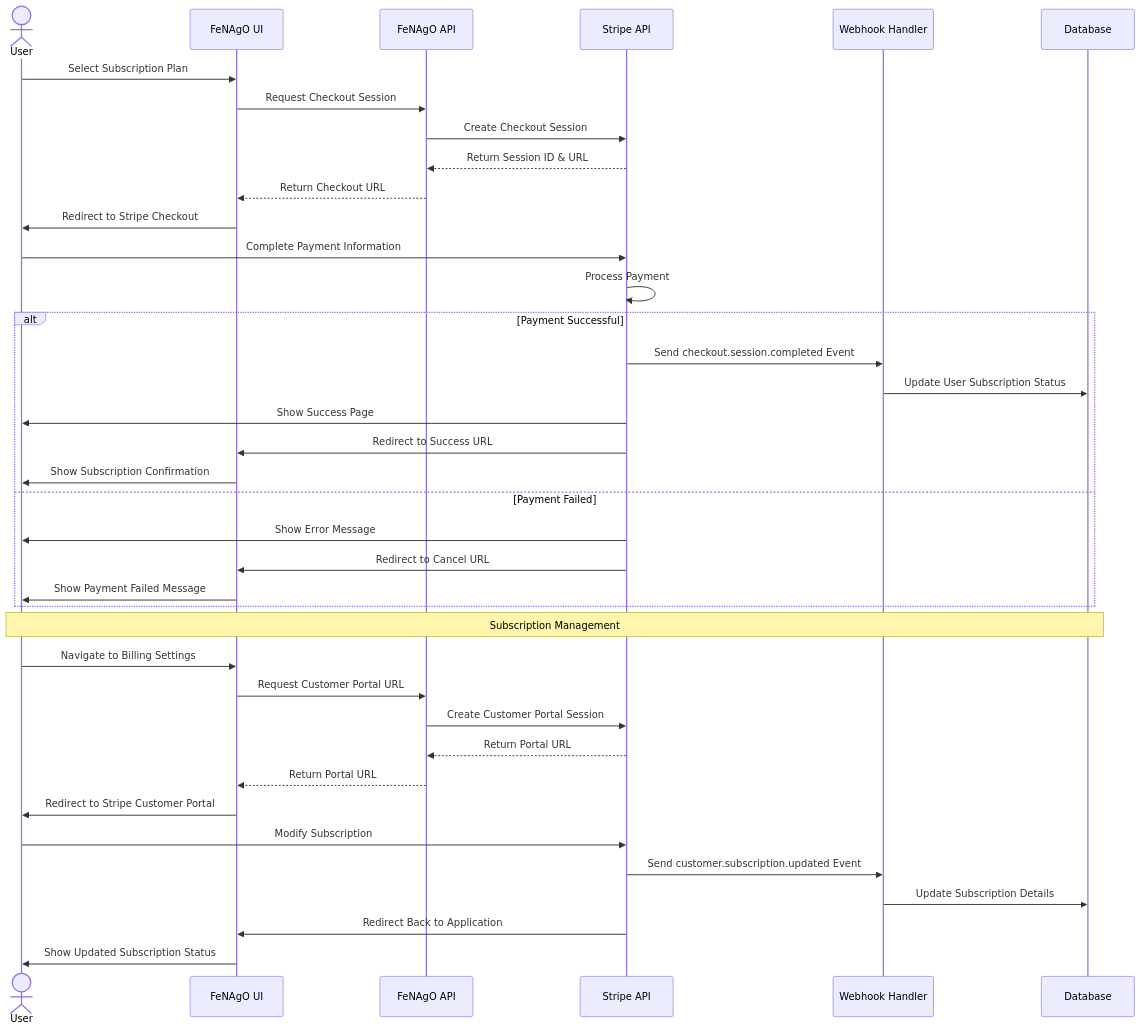
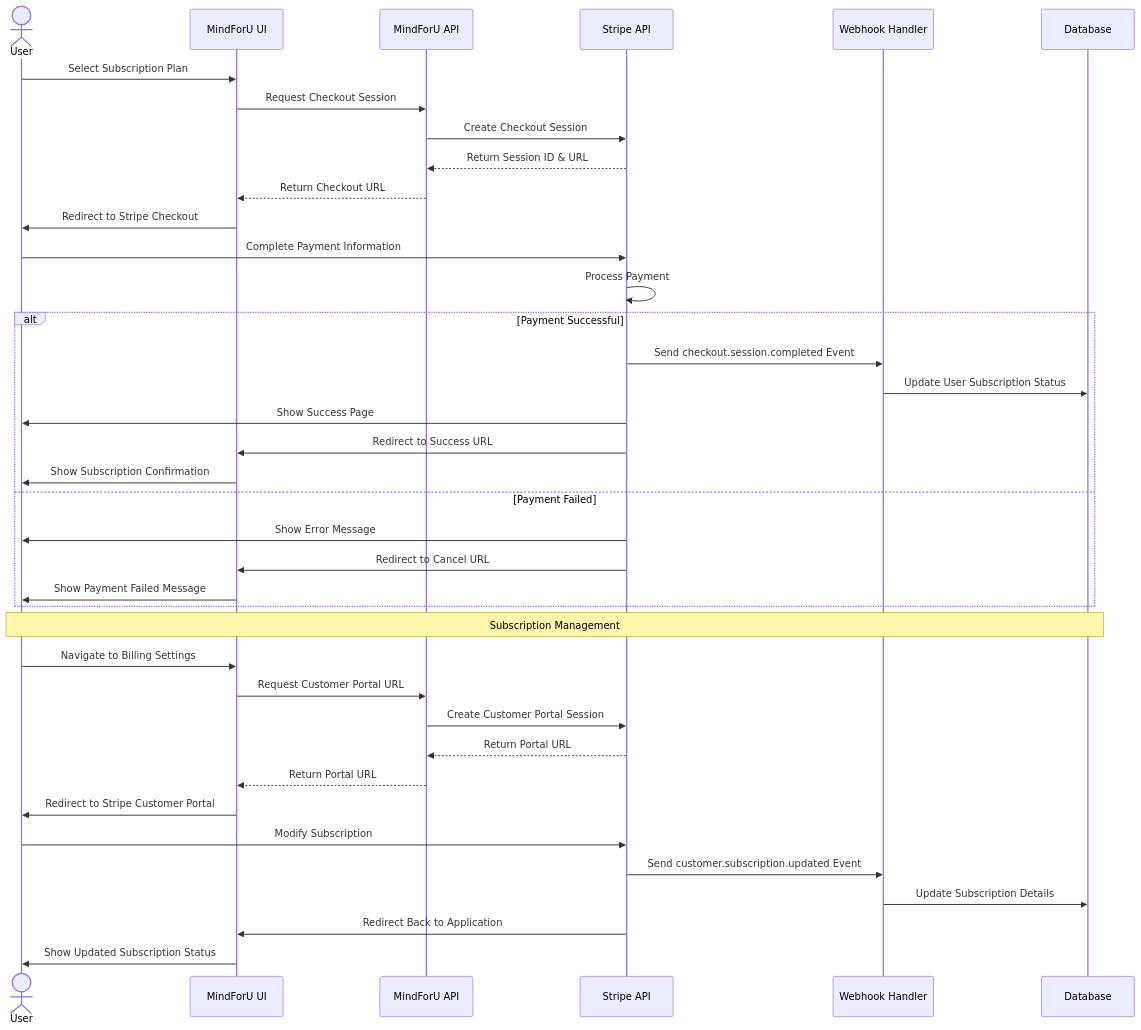
The diagram in DevPlanDocs/mermaid-payment-subscription-flow.md (erlandrivero/MindForUPublic), drawn with Mermaid before and after one commit. The commit also changed other lines of this file and 13 other files, not shown here.

Commit message:
Rebrand: Replace all occurrences of FeNAgO with MindForU in documentation and code.

````diff
--- a/DevPlanDocs/mermaid-payment-subscription-flow.md
+++ b/DevPlanDocs/mermaid-payment-subscription-flow.md
@@ -5,46 +5,46 @@
 ```mermaid
 sequenceDiagram
     actor User
-    participant UI as FeNAgO UI
-    participant API as FeNAgO API
+    participant UI as MindForU UI
+    participant API as MindForU API
     participant Stripe as Stripe API
     participant Webhook as Webhook Handler
     participant DB as Database
     
     User->>UI: Select Subscription Plan
     UI->>API: Request Checkout Session
     API->>Stripe: Create Checkout Session
     Stripe-->>API: Return Session ID & URL
     API-->>UI: Return Checkout URL
     UI->>User: Redirect to Stripe Checkout
     
     User->>Stripe: Complete Payment Information
     Stripe->>Stripe: Process Payment
     
     alt Payment Successful
         Stripe->>Webhook: Send checkout.session.completed Event
         Webhook->>DB: Update User Subscription Status
         Stripe->>User: Show Success Page
         Stripe->>UI: Redirect to Success URL
         UI->>User: Show Subscription Confirmation
     else Payment Failed
         Stripe->>User: Show Error Message
         Stripe->>UI: Redirect to Cancel URL
         UI->>User: Show Payment Failed Message
     end
     
     Note over User,DB: Subscription Management
     
     User->>UI: Navigate to Billing Settings
     UI->>API: Request Customer Portal URL
     API->>Stripe: Create Customer Portal Session
     Stripe-->>API: Return Portal URL
     API-->>UI: Return Portal URL
     UI->>User: Redirect to Stripe Customer Portal
     
     User->>Stripe: Modify Subscription
     Stripe->>Webhook: Send customer.subscription.updated Event
     Webhook->>DB: Update Subscription Details
     Stripe->>UI: Redirect Back to Application
     UI->>User: Show Updated Subscription Status
 ```
````
